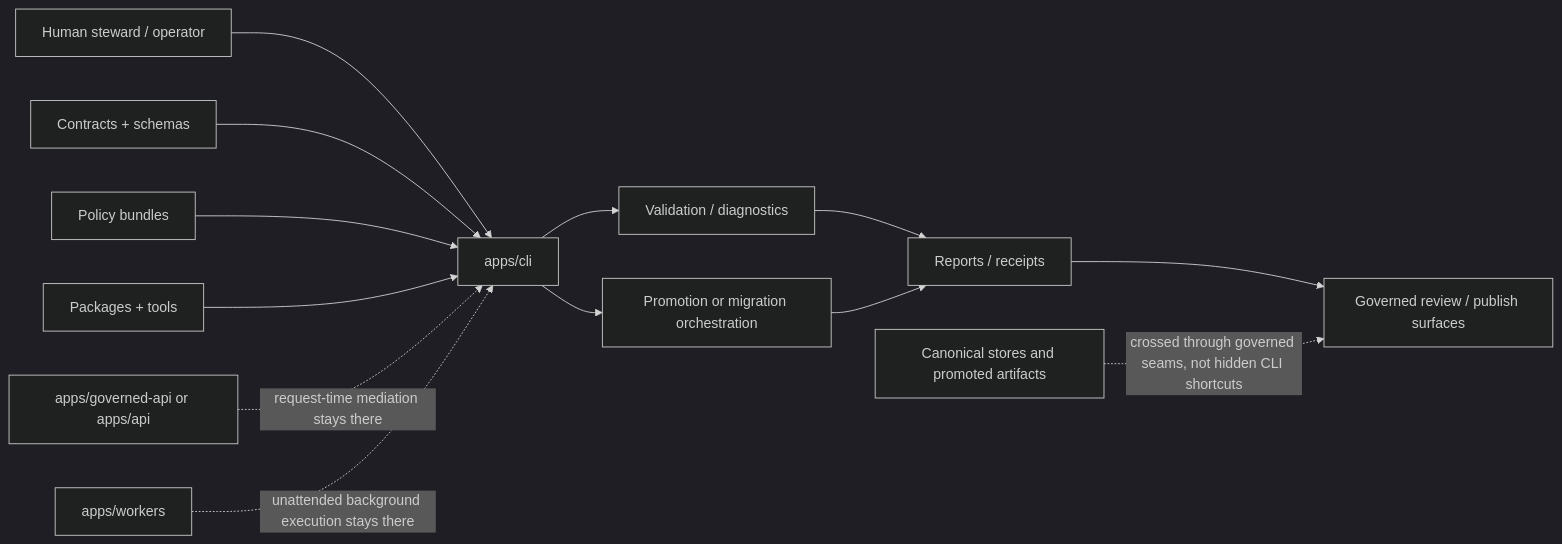
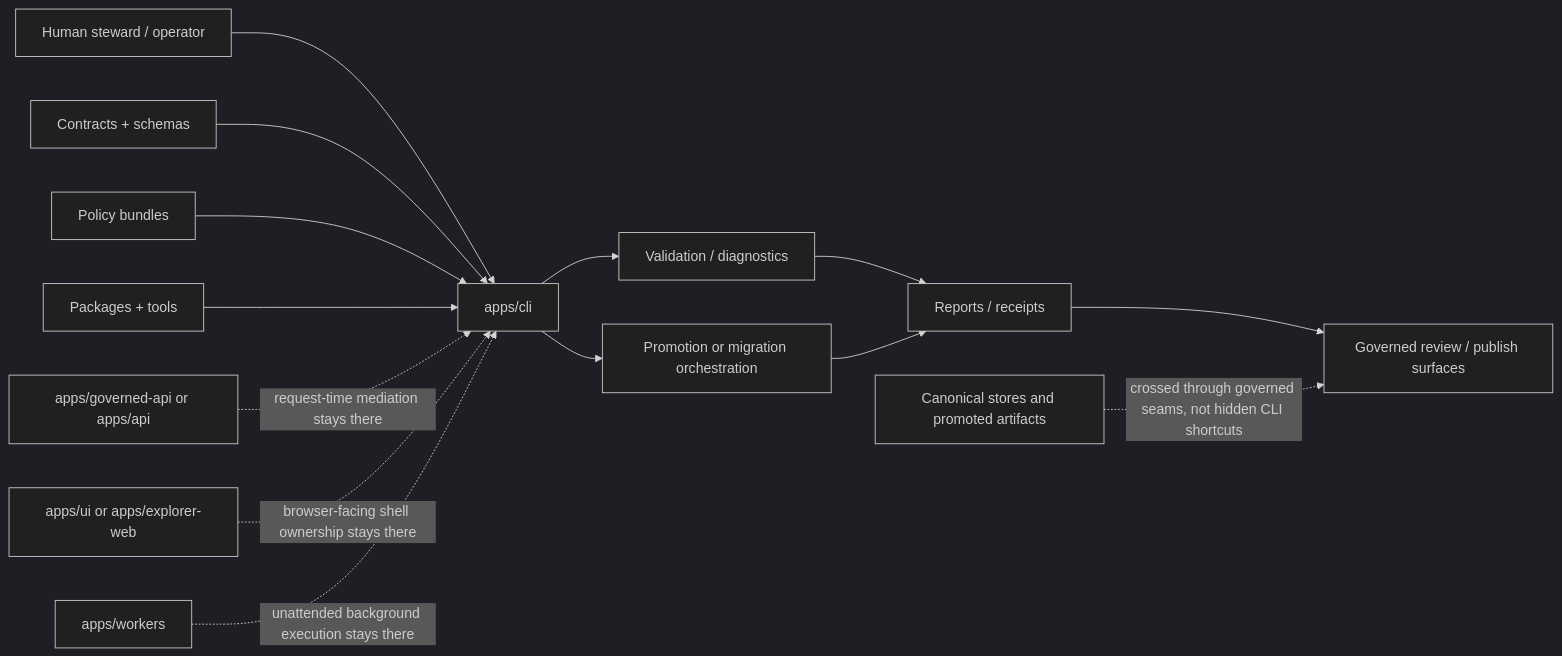
The diagram in apps/cli/README.md (bartytime4life/Kansas-Frontier-Matrix), drawn with Mermaid (dark theme) before and after one commit. The commit also changed other lines of this file, not shown here.

````diff
--- a/apps/cli/README.md
+++ b/apps/cli/README.md
@@ -311,19 +322,20 @@
 ```mermaid
 flowchart LR
     A[Human steward / operator] --> B[apps/cli]
 
     C[Contracts + schemas] --> B
     D[Policy bundles] --> B
     E[Packages + tools] --> B
 
     B --> F[Validation / diagnostics]
     B --> G[Promotion or migration orchestration]
 
     F --> H[Reports / receipts]
     G --> H
     H --> I[Governed review / publish surfaces]
 
     J[apps/governed-api or apps/api] -. request-time mediation stays there .-> B
-    K[apps/workers] -. unattended background execution stays there .-> B
-    L[Canonical stores and promoted artifacts] -. crossed through governed seams, not hidden CLI shortcuts .-> I
+    K[apps/ui or apps/explorer-web] -. browser-facing shell ownership stays there .-> B
+    L[apps/workers] -. unattended background execution stays there .-> B
+    M[Canonical stores and promoted artifacts] -. crossed through governed seams, not hidden CLI shortcuts .-> I
 ```
````
